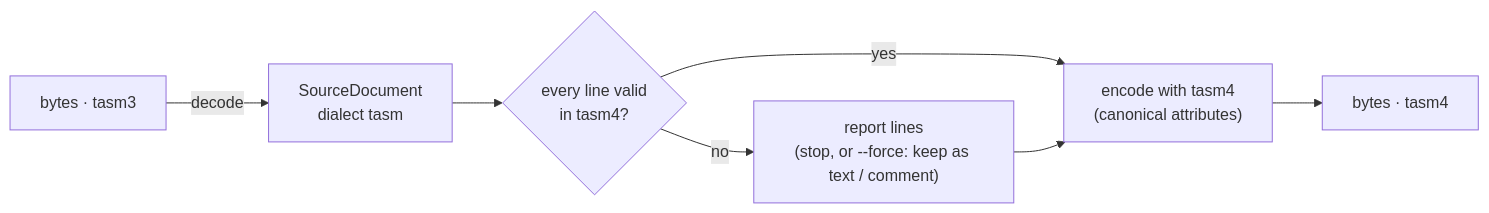
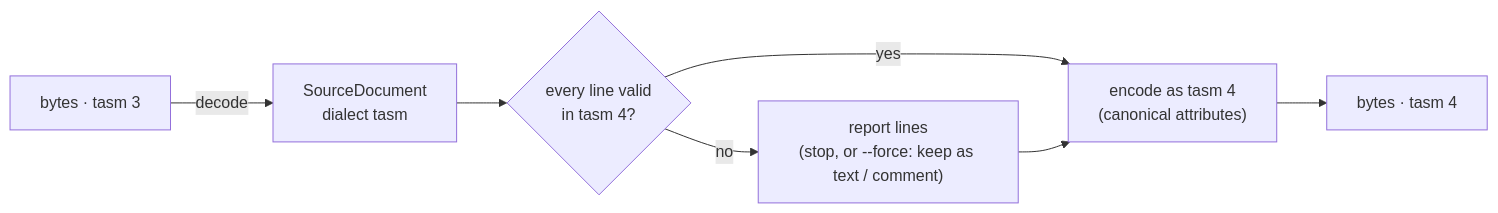
One commit to alfishe/unreal-ng changed the fourth of 9 diagrams in docs/inprogress/2026-10-05-unreal-asm/architecture.md. Above: the diagram before and after it, drawn with Mermaid. The commit also changed other lines of this file and 47 other files, not shown here.

````diff
--- a/docs/inprogress/2026-10-05-unreal-asm/architecture.md
+++ b/docs/inprogress/2026-10-05-unreal-asm/architecture.md
@@ -146,9 +146,9 @@
 ```mermaid
 flowchart LR
-    A["bytes · tasm3"] -->|"decode"| D["SourceDocument<br/>dialect tasm"]
-    D --> V{"every line valid<br/>in tasm4?"}
-    V -->|"yes"| E["encode with tasm4<br/>(canonical attributes)"]
+    A["bytes · tasm 3"] -->|"decode"| D["SourceDocument<br/>dialect tasm"]
+    D --> V{"every line valid<br/>in tasm 4?"}
+    V -->|"yes"| E["encode as tasm 4<br/>(canonical attributes)"]
     V -->|"no"| R["report lines<br/>(stop, or --force: keep as text / comment)"]
     R --> E
-    E --> B["bytes · tasm4"]
+    E --> B["bytes · tasm 4"]
 ```
````
